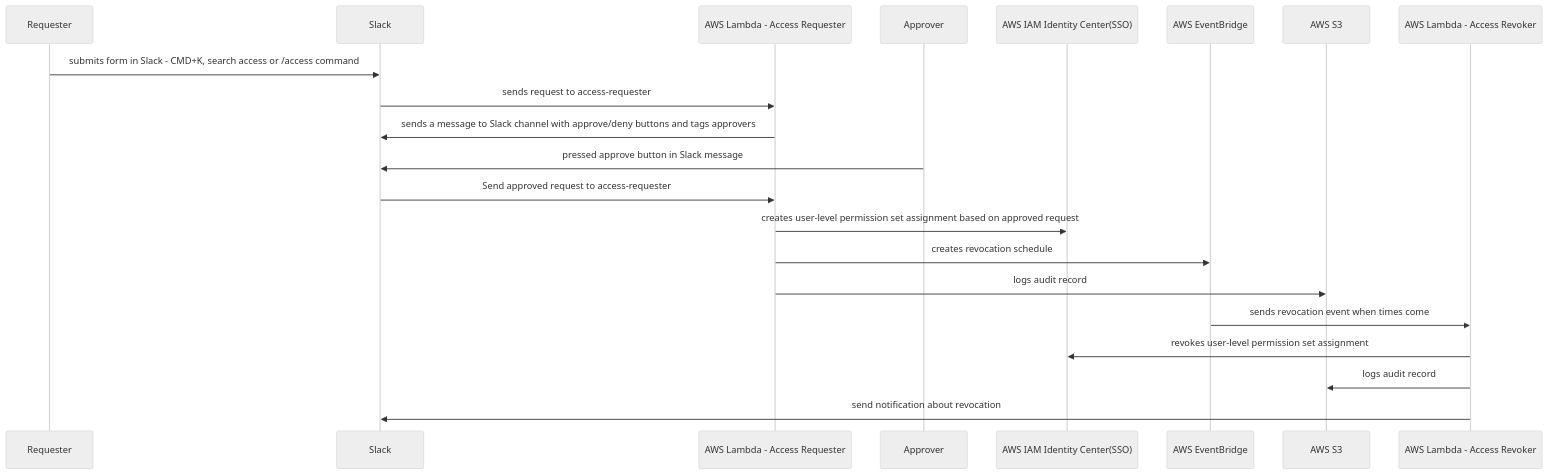
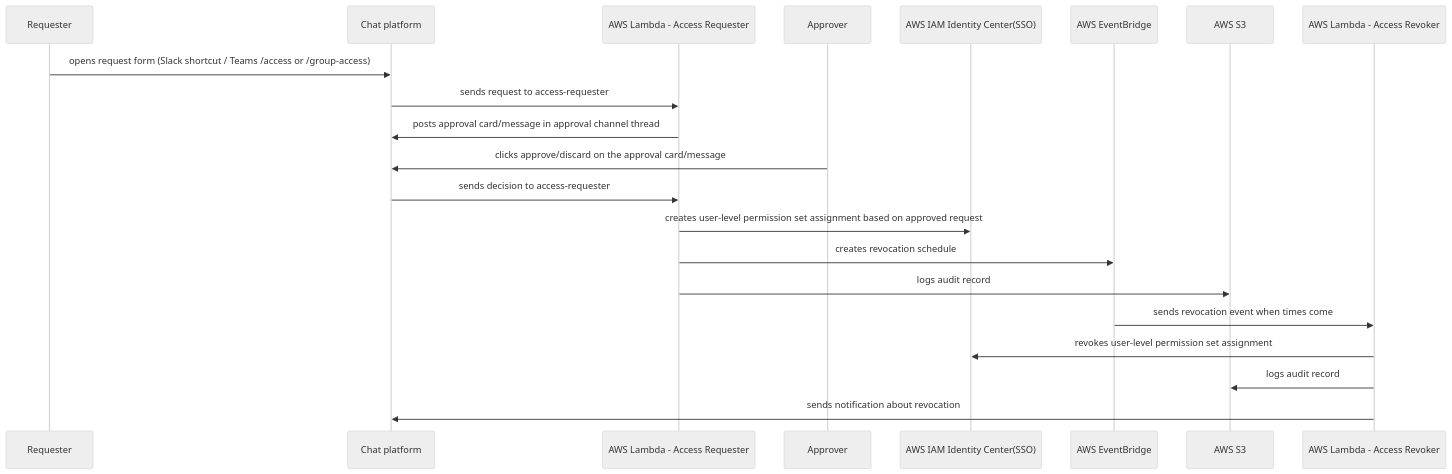
The first of 2 diagrams in README.md (fivexl/terraform-aws-sso-elevator), drawn with Mermaid (neutral theme) before and after one commit. The commit also changed other lines of this file and 70 other files, not shown here.

````diff
--- a/README.md
+++ b/README.md
@@ -65,15 +133,15 @@
 ```mermaid
 sequenceDiagram
-    Requester->>Slack: submits form in Slack - CMD+K, search access or /access command
-    Slack->>AWS Lambda - Access Requester: sends request to access-requester
-    AWS Lambda - Access Requester->>Slack: sends a message to Slack channel with approve/deny buttons and tags approvers
-    Approver->>Slack: pressed approve button in Slack message
-    Slack->>AWS Lambda - Access Requester: Send approved request to access-requester
+    Requester->>Chat platform: opens request form (Slack shortcut / Teams /access or /group-access)
+    Chat platform->>AWS Lambda - Access Requester: sends request to access-requester
+    AWS Lambda - Access Requester->>Chat platform: posts approval card/message in approval channel thread
+    Approver->>Chat platform: clicks approve/discard on the approval card/message
+    Chat platform->>AWS Lambda - Access Requester: sends decision to access-requester
     AWS Lambda - Access Requester->>AWS IAM Identity Center(SSO): creates user-level permission set assignment based on approved request
     AWS Lambda - Access Requester->>AWS EventBridge: creates revocation schedule
     AWS Lambda - Access Requester->>AWS S3: logs audit record
     AWS EventBridge->>AWS Lambda - Access Revoker: sends revocation event when times come
     AWS Lambda - Access Revoker->>AWS IAM Identity Center(SSO): revokes user-level permission set assignment
     AWS Lambda - Access Revoker->>AWS S3: logs audit record
-    AWS Lambda - Access Revoker->>Slack:  send notification about revocation
+    AWS Lambda - Access Revoker->>Chat platform: sends notification about revocation
 ```
````
